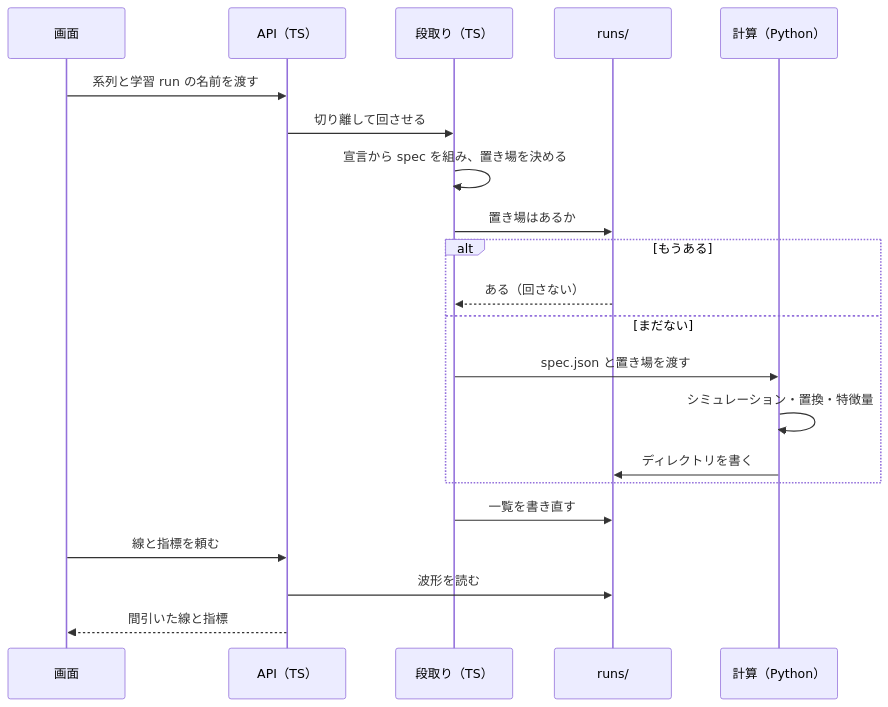
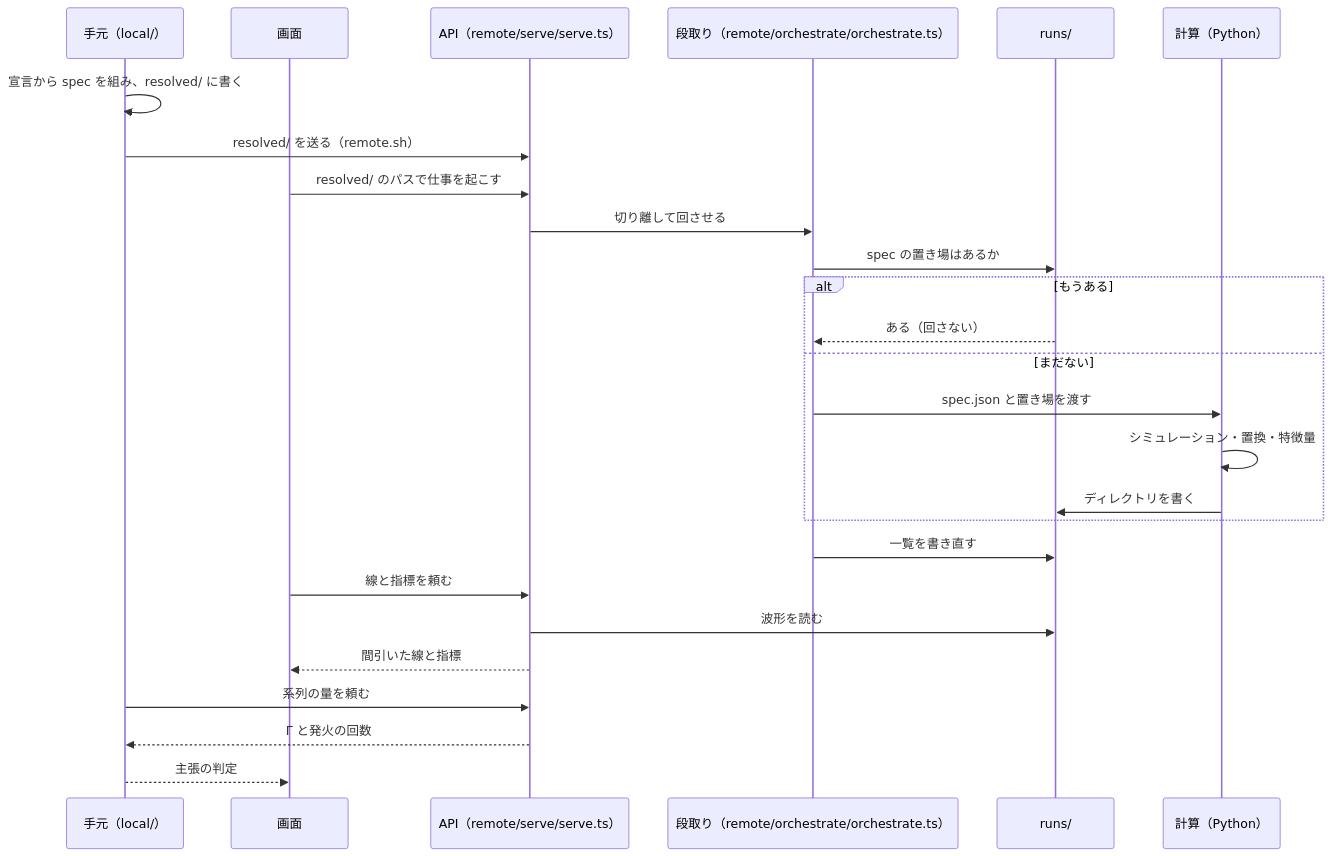
Before and after one commit to MunechikaHaruki/SINDyNeuroSurrogate: the second of 3 diagrams in README.md, drawn with Mermaid. The commit also changed other lines of this file and 99 other files, not shown here.

````diff
--- a/README.md
+++ b/README.md
@@ -50,23 +56,28 @@
 ```mermaid
 sequenceDiagram
+  participant L as 手元（local/）
   participant U as 画面
-  participant A as API（TS）
-  participant O as 段取り（TS）
+  participant A as API（remote/serve/serve.ts）
+  participant O as 段取り（remote/orchestrate/orchestrate.ts）
   participant R as runs/
   participant P as 計算（Python）
-  U->>A: 系列と学習 run の名前を渡す
+  L->>L: 宣言から spec を組み、resolved/ に書く
+  L->>A: resolved/ を送る（remote.sh）
+  U->>A: resolved/ のパスで仕事を起こす
   A->>O: 切り離して回させる
-  O->>O: 宣言から spec を組み、置き場を決める
-  O->>R: 置き場はあるか
+  O->>R: spec の置き場はあるか
   alt もうある
     R-->>O: ある（回さない）
   else まだない
     O->>P: spec.json と置き場を渡す
     P->>P: シミュレーション・置換・特徴量
     P->>R: ディレクトリを書く
   end
   O->>R: 一覧を書き直す
   U->>A: 線と指標を頼む
   A->>R: 波形を読む
   A-->>U: 間引いた線と指標
+  L->>A: 系列の量を頼む
+  A-->>L: Γ と発火の回数
+  L-->>U: 主張の判定
 ```
````
